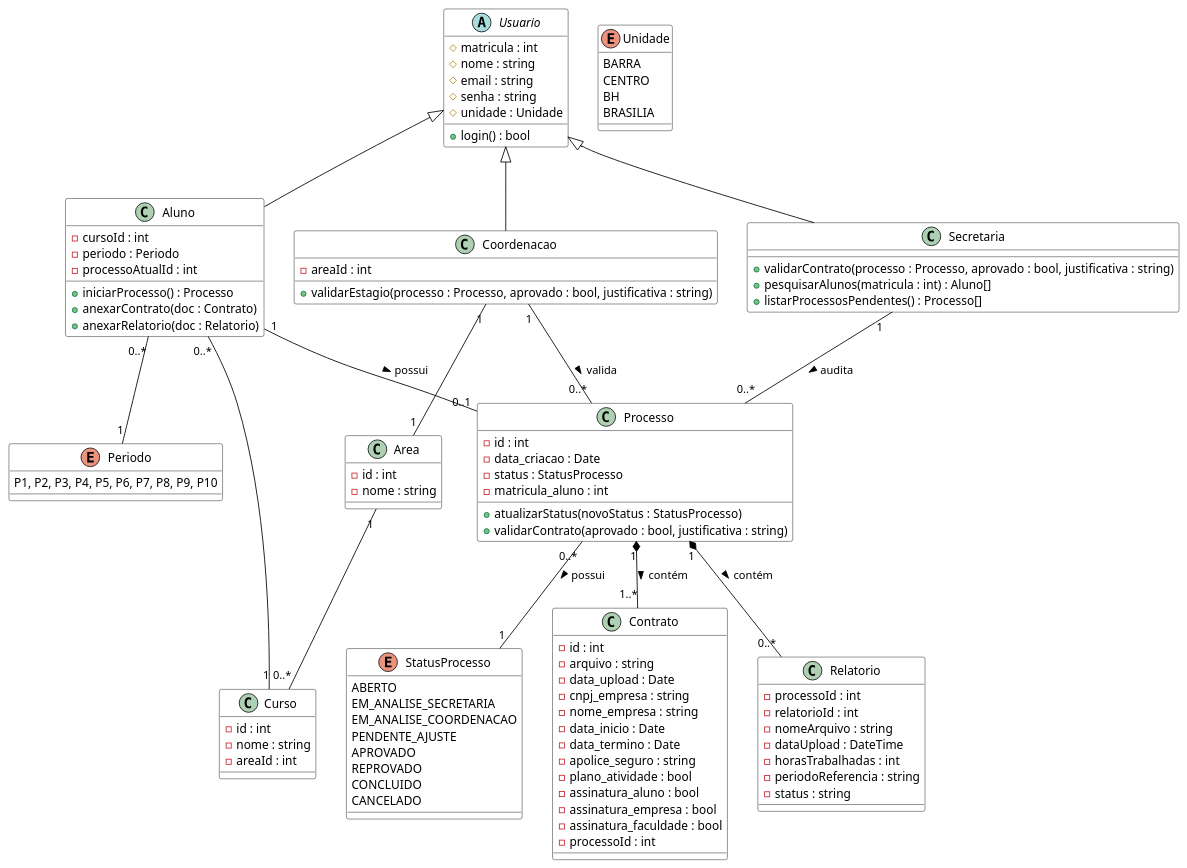
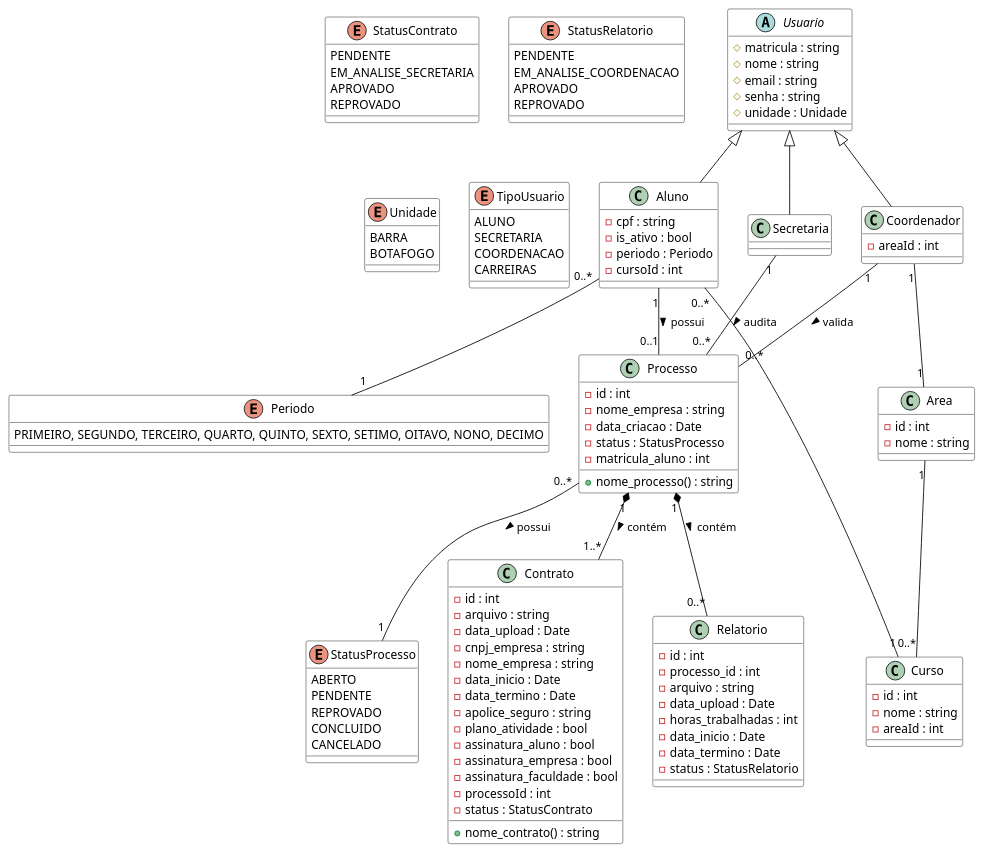
One commit to Projetos-de-Extensao/PBE_26.1_8002_III changed the diagram in docs/assets/Diagramas/src/diagrama_de_classes.puml. Above: the diagram before and after it, drawn with PlantUML. The commit also changed 7 other files, not shown here.

```diff
--- a/docs/assets/Diagramas/src/diagrama_de_classes.puml
+++ b/docs/assets/Diagramas/src/diagrama_de_classes.puml
@@ -1,129 +1,141 @@
 @startuml
 
 ' --- Estilos ---
 skinparam class {
     BackgroundColor White
     ArrowColor Black
     BorderColor Black
 }
 
 ' --- Enums ---
 enum StatusProcesso {
     ABERTO
-    EM_ANALISE_SECRETARIA
-    EM_ANALISE_COORDENACAO
-    PENDENTE_AJUSTE
-    APROVADO
+    PENDENTE
     REPROVADO
     CONCLUIDO
     CANCELADO
 }
 
+enum StatusContrato {
+    PENDENTE
+    EM_ANALISE_SECRETARIA
+    APROVADO
+    REPROVADO
+}
+
+enum StatusRelatorio {
+    PENDENTE
+    EM_ANALISE_COORDENACAO
+    APROVADO
+    REPROVADO
+}
+
 enum Unidade {
     BARRA
-    CENTRO
-    BH
-    BRASILIA
+    BOTAFOGO
 }
 
 enum Periodo {
-    P1, P2, P3, P4, P5, P6, P7, P8, P9, P10
+    PRIMEIRO, SEGUNDO, TERCEIRO, QUARTO, QUINTO, SEXTO, SETIMO, OITAVO, NONO, DECIMO
+}
+
+enum TipoUsuario {
+    ALUNO
+    SECRETARIA
+    COORDENACAO
+    CARREIRAS
 }
 
 ' --- Classes Principais ---
 
 abstract class Usuario {
-    # matricula : int
+    # matricula : string
     # nome : string
     # email : string
     # senha : string
     # unidade : Unidade
-    + login() : bool
 }
 
 class Aluno extends Usuario {
+    - cpf : string
+    - is_ativo : bool
+    - periodo : Periodo
     - cursoId : int
-    - periodo : Periodo
-    - processoAtualId : int
-    + iniciarProcesso() : Processo
-    + anexarContrato(doc : Contrato)
-    + anexarRelatorio(doc : Relatorio)
 }
 
 class Secretaria extends Usuario {
-    + validarContrato(processo : Processo, aprovado : bool, justificativa : string)
-    + pesquisarAlunos(matricula : int) : Aluno[]
-    + listarProcessosPendentes() : Processo[]
 }
 
-class Coordenacao extends Usuario {
+class Coordenador extends Usuario {
     - areaId : int
-    + validarEstagio(processo : Processo, aprovado : bool, justificativa : string)
 }
 
 class Processo {
-   - id : int
-   - data_criacao : Date
-   - status : StatusProcesso
-   - matricula_aluno : int
-   + atualizarStatus(novoStatus : StatusProcesso)
-   + validarContrato(aprovado : bool, justificativa : string)
+    - id : int
+    - nome_empresa : string
+    - data_criacao : Date
+    - status : StatusProcesso
+    - matricula_aluno : int
+    + nome_processo() : string
 }
 
 class Contrato {
     - id : int
     - arquivo : string
     - data_upload : Date
     - cnpj_empresa : string
     - nome_empresa : string
     - data_inicio : Date
     - data_termino : Date
     - apolice_seguro : string
     - plano_atividade : bool
     - assinatura_aluno : bool
     - assinatura_empresa : bool
     - assinatura_faculdade : bool
     - processoId : int
+    - status : StatusContrato
+    + nome_contrato() : string
 }
 
 class Relatorio {
-    - processoId : int
-    - relatorioId : int
-    - nomeArquivo : string
-    - dataUpload : DateTime
-    - horasTrabalhadas : int
-    - periodoReferencia : string
-    - status : string
+    - id : int
+    - processo_id : int
+    - arquivo : string
+    - data_upload : Date
+    - horas_trabalhadas : int
+    - data_inicio : Date
+    - data_termino : Date
+    - status : StatusRelatorio
 }
 
 class Curso {
     - id : int
     - nome : string
     - areaId : int
 }
 
 class Area {
     - id : int
     - nome : string
 }
 
 ' --- Relacionamentos ---
 
 ' Um aluno pertence a um curso e período
 Aluno "0..*" -- "1" Curso
 Aluno "0..*" -- "1" Periodo
 
 ' Hierarquia de Curso e Área
 Area "1" -- "0..*" Curso
-Coordenacao "1" -- "1" Area
+Coordenador "1" -- "1" Area
 
 ' Relacionamento de Processo
 Aluno "1" -- "0..1" Processo : possui >
 Secretaria "1" -- "0..*" Processo : audita >
-Coordenacao "1" -- "0..*" Processo : valida >
+Coordenador "1" -- "0..*" Processo : valida >
 
 Processo "1" *-- "1..*" Contrato : contém >
 Processo "1" *-- "0..*" Relatorio : contém >
 Processo "0..*" -- "1" StatusProcesso : possui >
 
 @enduml
```
